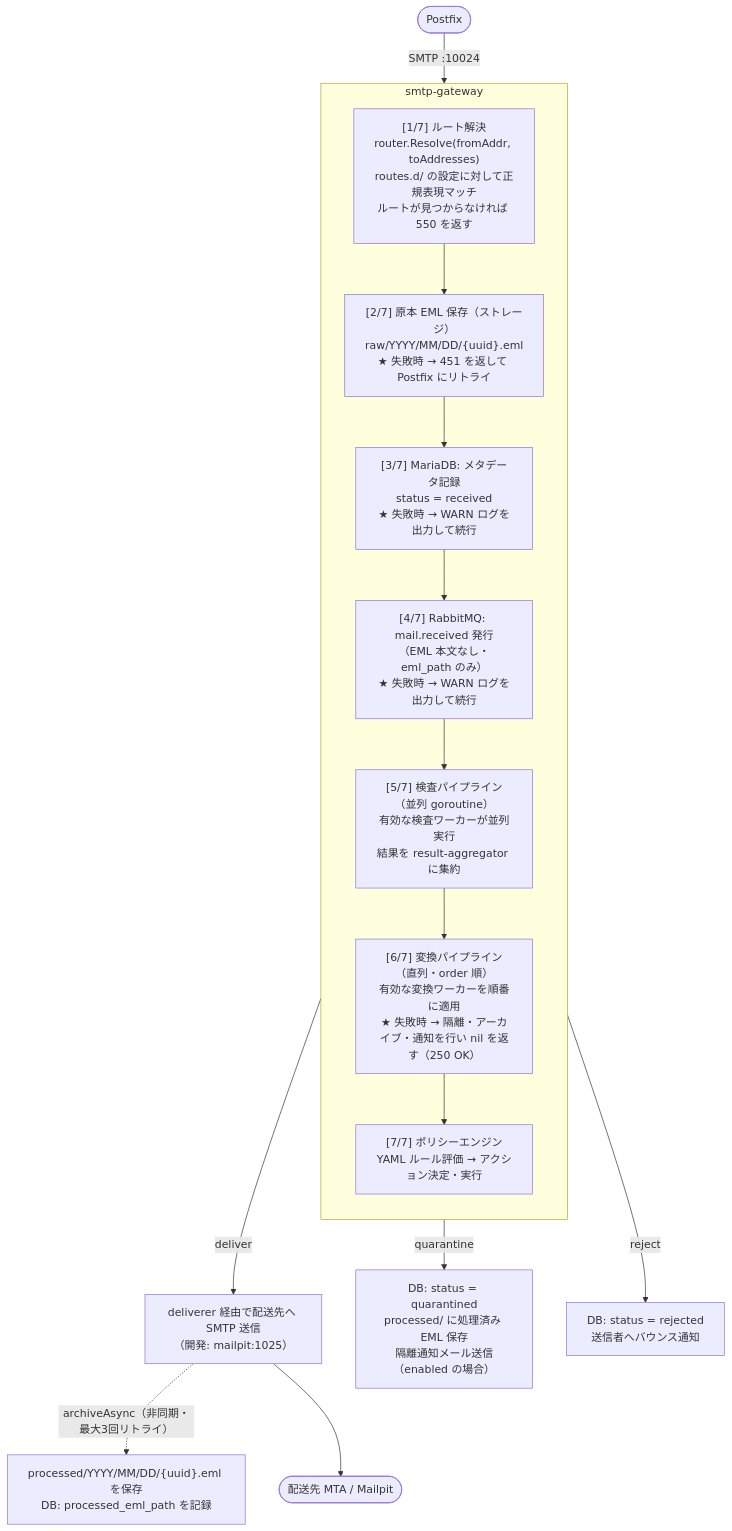
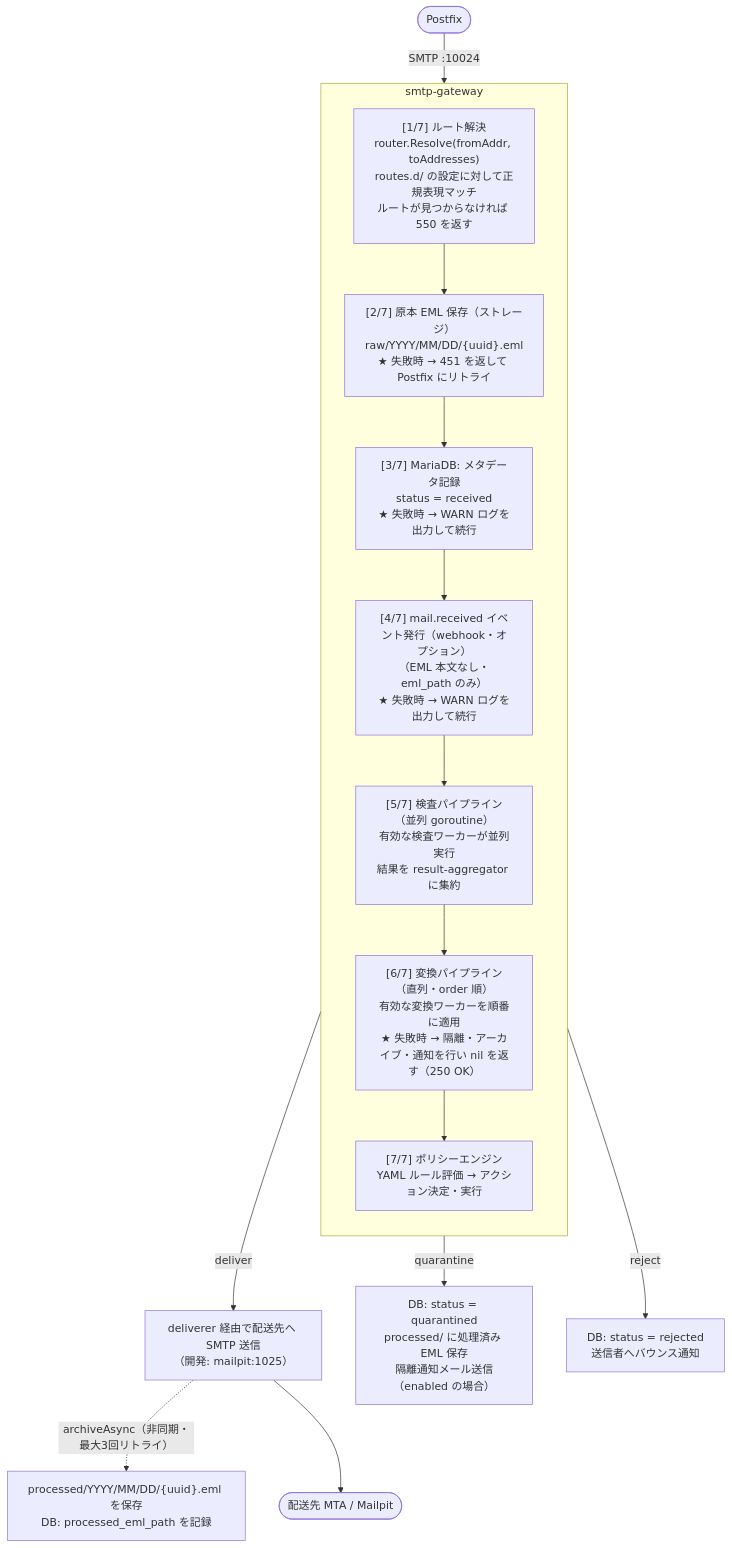
One commit to yumekui08/mailshield changed the first of 4 diagrams in docs/specs/mail-processing-flow.md. Above: the diagram before and after it, drawn with Mermaid. The commit also changed other lines of this file and 35 other files, not shown here.

First line of the commit message:
RabbitMQ を削除し統合イベントを webhook に置換（ADR 005 改訂）

````diff
--- a/docs/specs/mail-processing-flow.md
+++ b/docs/specs/mail-processing-flow.md
@@ -26,24 +26,24 @@
 ```mermaid
 flowchart TD
     Postfix([Postfix]) -->|"SMTP :10024"| GW
 
     subgraph GW[smtp-gateway]
         direction TB
         S1["[1/7] ルート解決\nrouter.Resolve(fromAddr, toAddresses)\nroutes.d/ の設定に対して正規表現マッチ\nルートが見つからなければ 550 を返す"]
         S2["[2/7] 原本 EML 保存（ストレージ）\nraw/YYYY/MM/DD/{uuid}.eml\n★ 失敗時 → 451 を返して Postfix にリトライ"]
         S3["[3/7] MariaDB: メタデータ記録\nstatus = received\n★ 失敗時 → WARN ログを出力して続行"]
-        S4["[4/7] RabbitMQ: mail.received 発行\n（EML 本文なし・eml_path のみ）\n★ 失敗時 → WARN ログを出力して続行"]
+        S4["[4/7] mail.received イベント発行（webhook・オプション）\n（EML 本文なし・eml_path のみ）\n★ 失敗時 → WARN ログを出力して続行"]
         S5["[5/7] 検査パイプライン（並列 goroutine）\n有効な検査ワーカーが並列実行\n結果を result-aggregator に集約"]
         S6["[6/7] 変換パイプライン（直列・order 順）\n有効な変換ワーカーを順番に適用\n★ 失敗時 → 隔離・アーカイブ・通知を行い nil を返す（250 OK）"]
         S7["[7/7] ポリシーエンジン\nYAML ルール評価 → アクション決定・実行"]
 
         S1 --> S2 --> S3 --> S4 --> S5 --> S6 --> S7
     end
 
     S7 -->|deliver| Del["deliverer 経由で配送先へ SMTP 送信\n（開発: mailpit:1025）"]
     S7 -->|quarantine| Qua["DB: status = quarantined\nprocessed/ に処理済み EML 保存\n隔離通知メール送信（enabled の場合）"]
     S7 -->|reject| Rej["DB: status = rejected\n送信者へバウンス通知"]
 
     Del -.->|"archiveAsync（非同期・最大3回リトライ）"| Archive["processed/YYYY/MM/DD/{uuid}.eml を保存\nDB: processed_eml_path を記録"]
     Del --> Dest([配送先 MTA / Mailpit])
 ```
````
